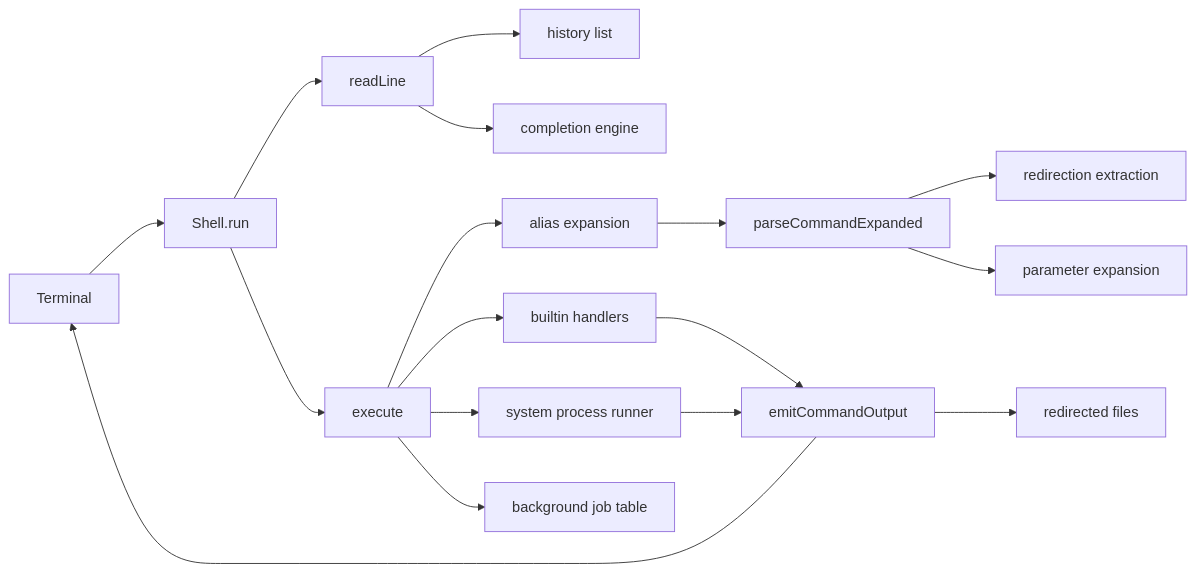
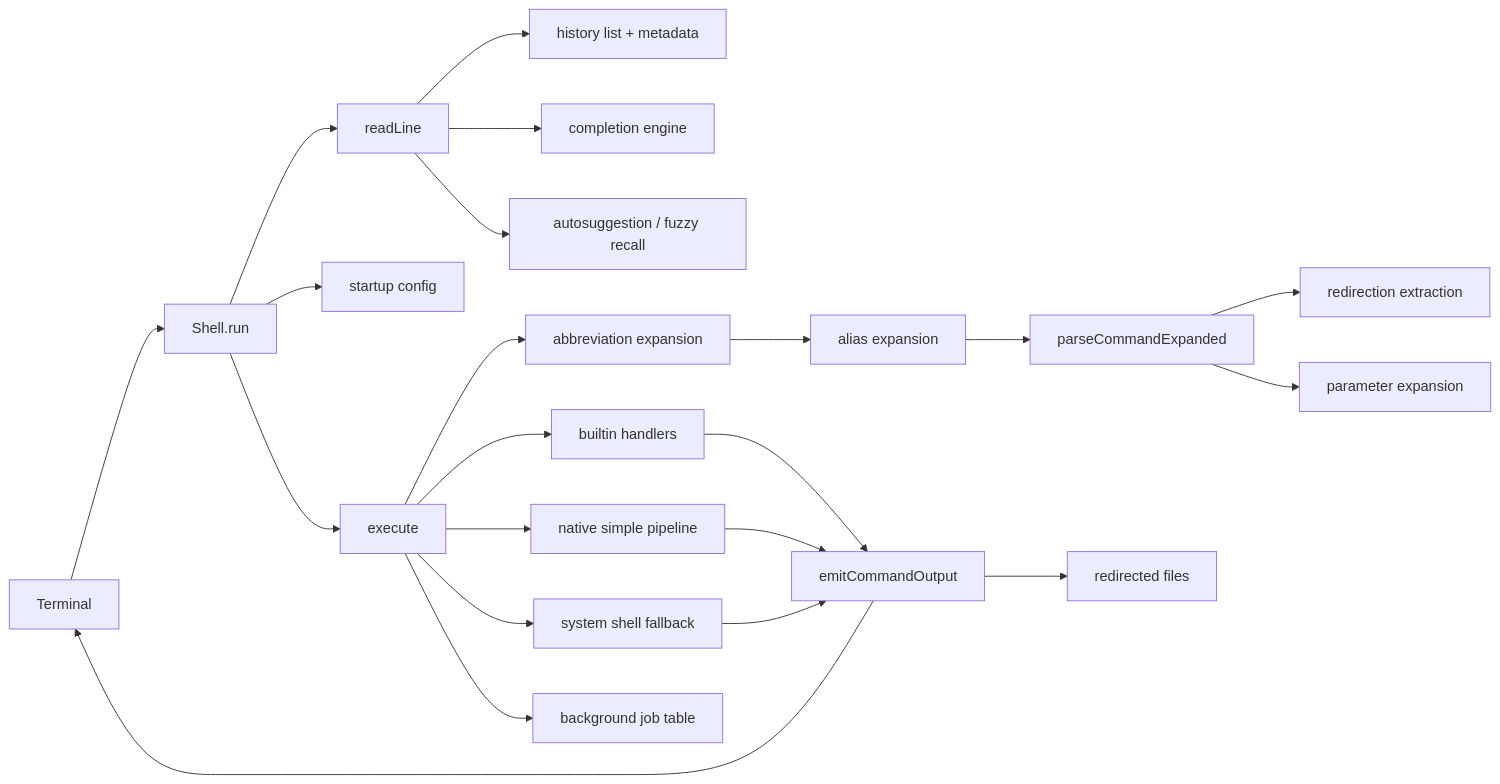
One commit to PascalAI2024/ZiggyZag changed the first of 2 diagrams in docs/ARCHITECTURE.md. Above: the diagram before and after it, drawn with Mermaid. The commit also changed other lines of this file and 6 other files, not shown here.

````diff
--- a/docs/ARCHITECTURE.md
+++ b/docs/ARCHITECTURE.md
@@ -7,19 +7,24 @@
 ```mermaid
 flowchart LR
     terminal["Terminal"] --> repl["Shell.run"]
     repl --> readline["readLine"]
-    readline --> history["history list"]
+    repl --> config["startup config"]
+    readline --> history["history list + metadata"]
     readline --> completion["completion engine"]
+    readline --> suggest["autosuggestion / fuzzy recall"]
     repl --> execute["execute"]
-    execute --> alias["alias expansion"]
+    execute --> abbr["abbreviation expansion"]
+    abbr --> alias["alias expansion"]
     alias --> parser["parseCommandExpanded"]
     parser --> redirects["redirection extraction"]
     parser --> expansion["parameter expansion"]
     execute --> builtins["builtin handlers"]
-    execute --> system["system process runner"]
+    execute --> pipeline["native simple pipeline"]
+    execute --> system["system shell fallback"]
     execute --> jobs["background job table"]
     builtins --> emit["emitCommandOutput"]
+    pipeline --> emit
     system --> emit
     emit --> terminal
     emit --> files["redirected files"]
 ```
````
